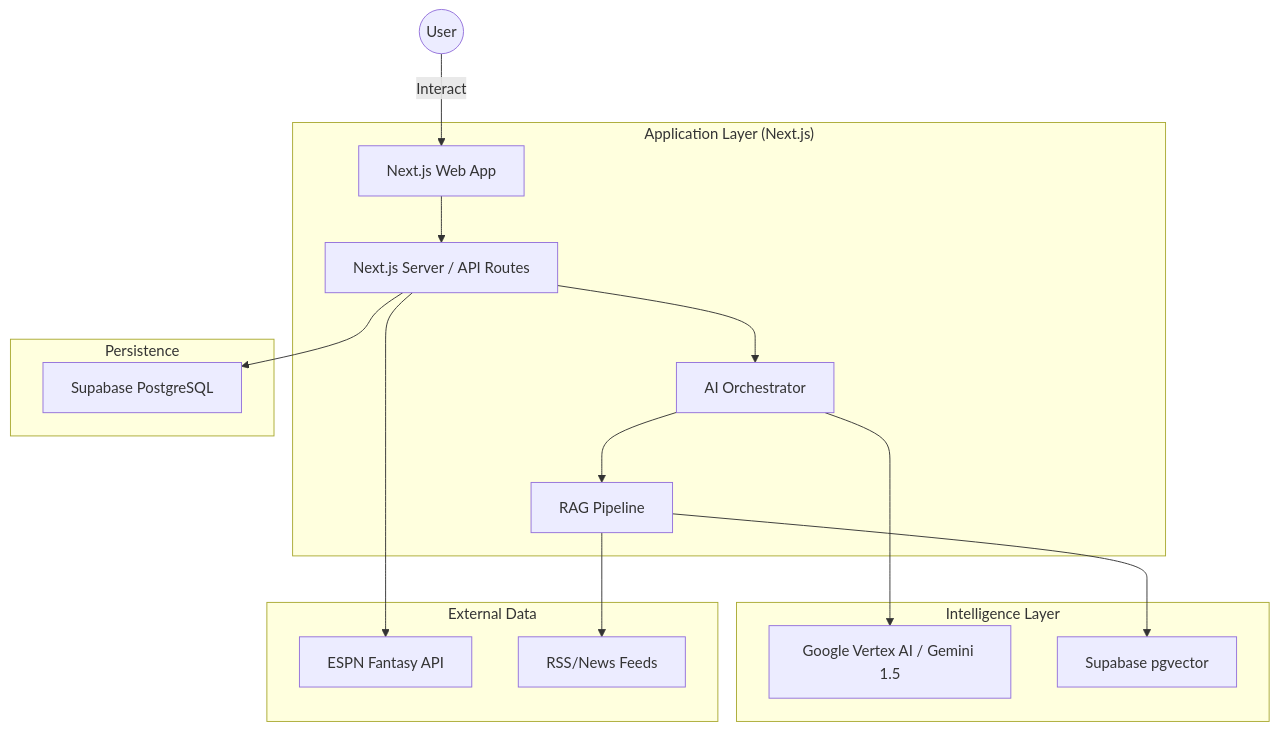
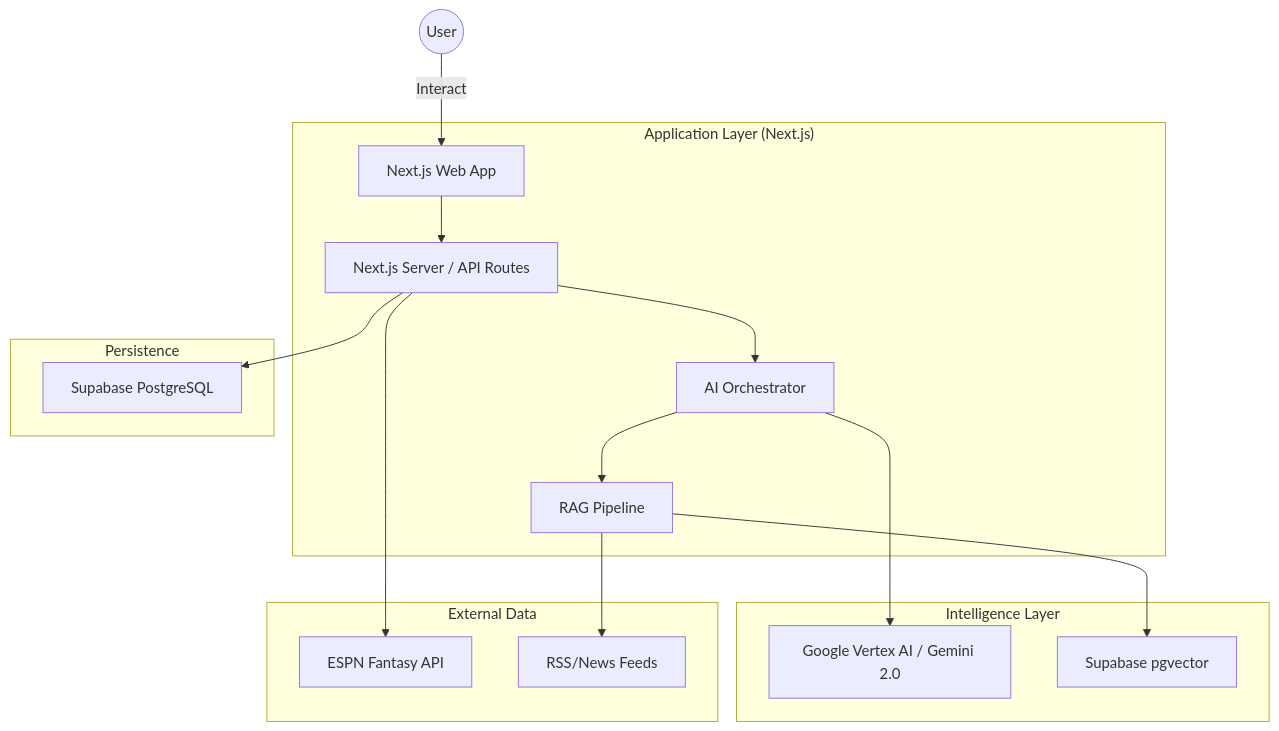
The diagram in docs/technical/Architecture.md (bpolitiadis/fanvise), drawn with Mermaid before and after one commit. The commit also changed other lines of this file and 2 other files, not shown here.

Commit message:
feat: Implement collapsible sidebar with chat history and update architecture documentation to Gemini 2.0.

````diff
--- a/docs/technical/Architecture.md
+++ b/docs/technical/Architecture.md
@@ -9,24 +9,24 @@
 ```mermaid
 graph TD
     User((User)) -->|Interact| WebUI[Next.js Web App]
     
     subgraph "Application Layer (Next.js)"
         WebUI --> Server[Next.js Server / API Routes]
         Server --> Orchestrator[AI Orchestrator]
         Orchestrator --> RAG[RAG Pipeline]
     end
     
     subgraph "Intelligence Layer"
-        Orchestrator --> Gemini[Google Vertex AI / Gemini 1.5]
+        Orchestrator --> Gemini[Google Vertex AI / Gemini 2.0]
         RAG --> SupabaseVector[Supabase pgvector]
     end
     
     subgraph "External Data"
         Server --> ESPN[ESPN Fantasy API]
         RAG --> News[RSS/News Feeds]
     end
     
     subgraph "Persistence"
         Server --> SupabaseDB[Supabase PostgreSQL]
     end
 ```
````
